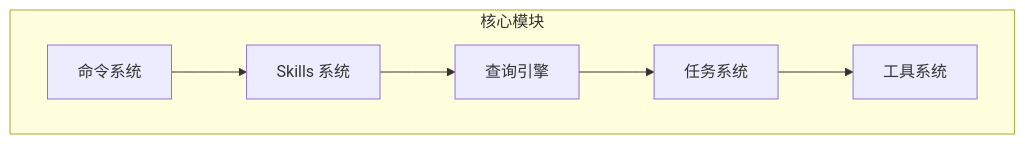
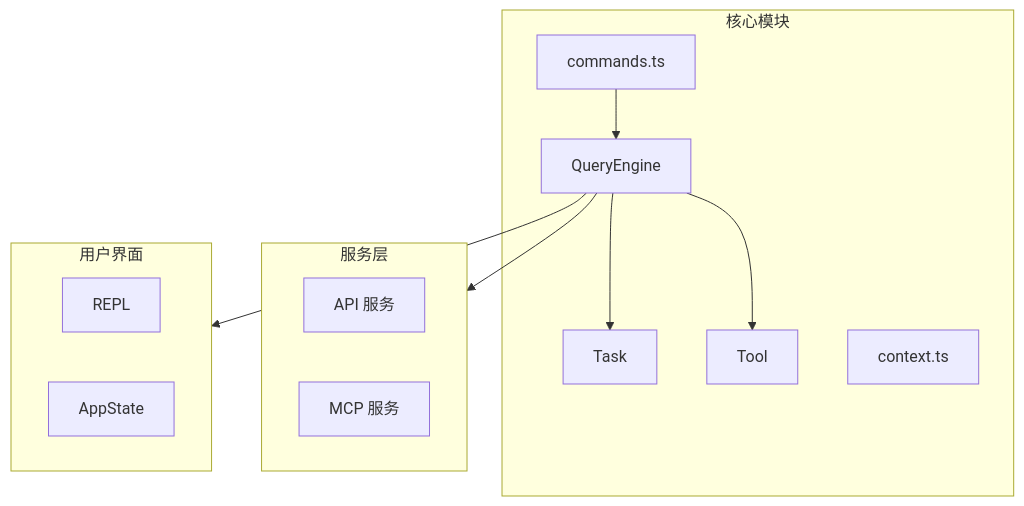
The diagram in .nium-wiki/wiki/core/_index.md (niuma996/claude-code-sourcemap-wiki), drawn with Mermaid before and after one commit. The commit also changed other lines of this file and 1976 other files, not shown here.

````diff
--- a/.nium-wiki/wiki/core/_index.md
+++ b/.nium-wiki/wiki/core/_index.md
@@ -18,14 +9,23 @@
 ```mermaid
 flowchart TB
-    subgraph Core ["核心模块"]
-        Commands[命令系统]
-        Skills[Skills 系统]
-        Query[查询引擎]
-        Tools[工具系统]
-        Task[任务系统]
+    subgraph Core["核心模块"]
+        QE[QueryEngine]
+        Task[Task]
+        Tool[Tool]
+        Commands[commands.ts]
+        Context[context.ts]
     end
-    Commands --> Skills
-    Skills --> Query
-    Query --> Task
-    Task --> Tools
+    subgraph Services["服务层"]
+        API[API 服务]
+        MCP[MCP 服务]
+    end
+    subgraph UI["用户界面"]
+        REPL[REPL]
+        State[AppState]
+    end
+    Commands --> QE
+    QE --> Task
+    QE --> Tool
+    QE --> Services
+    QE --> UI
 ```
````
